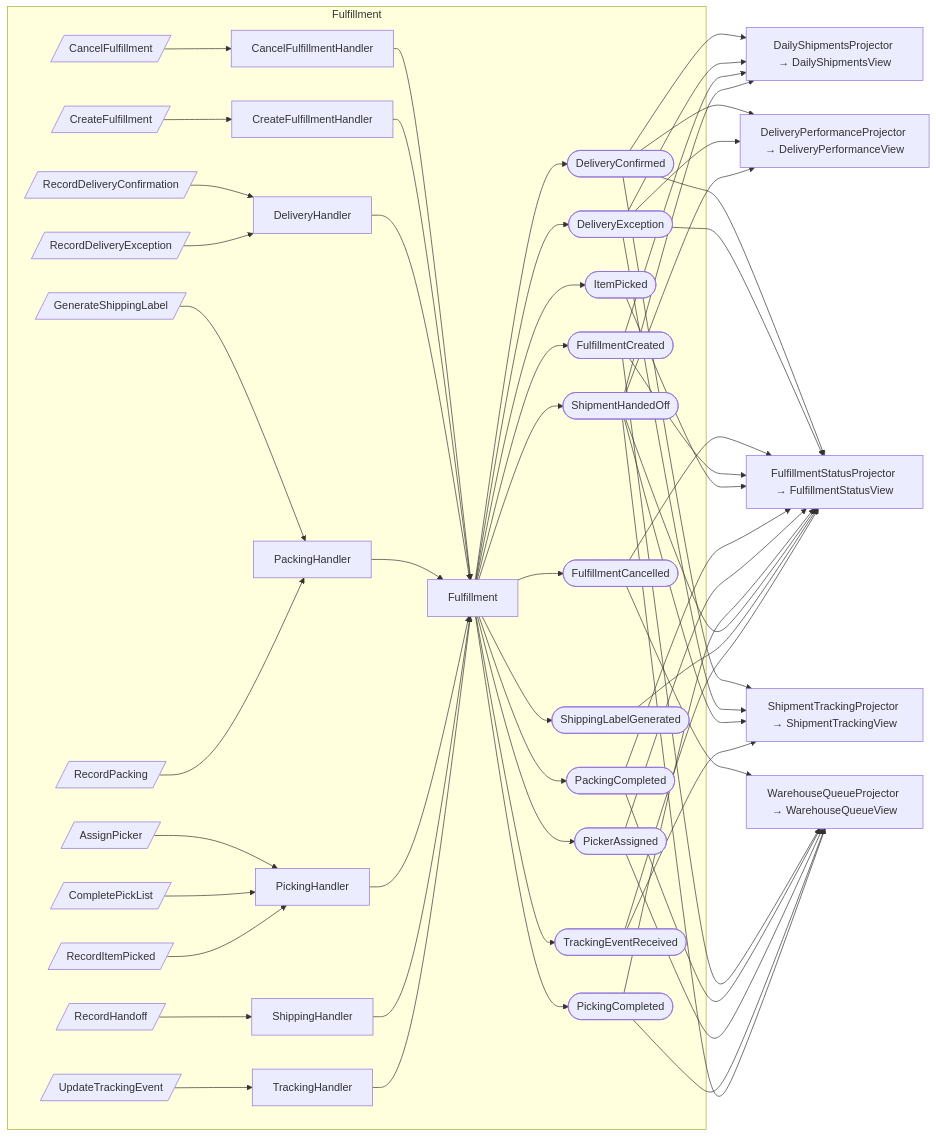
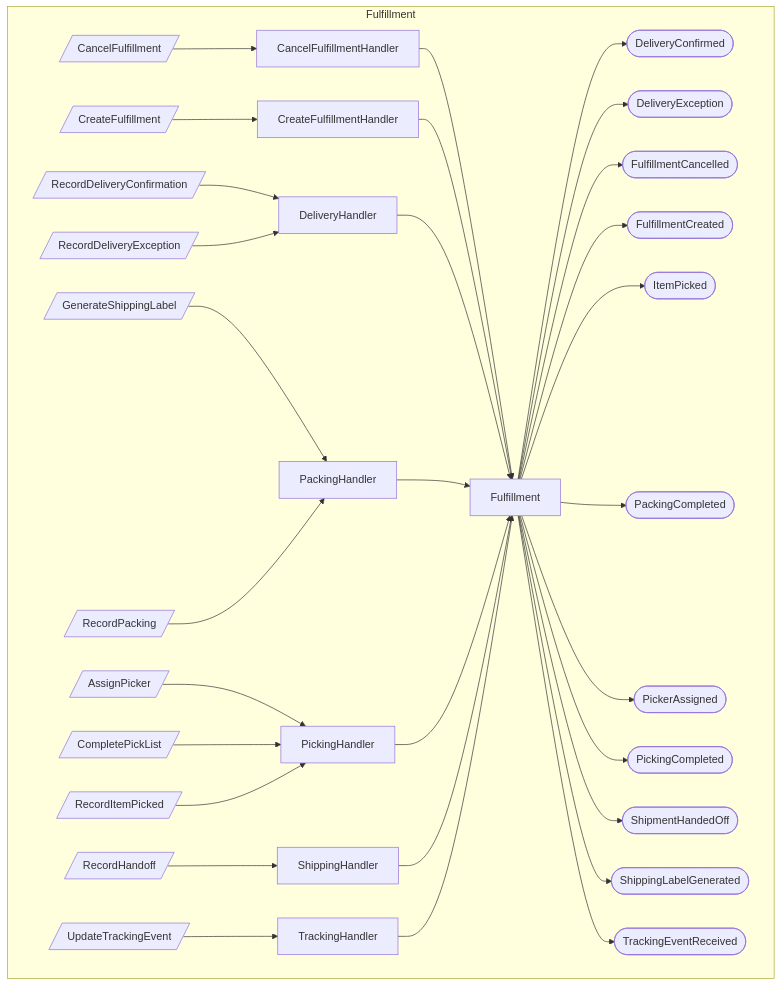
Before and after one commit to proteanhq/shopstream: the first of 2 diagrams in docs/fulfillment/event-flows.md, drawn with Mermaid. The commit also changed 24 other files, not shown here.

First line of the commit message:
Regenerate docs with improved Mermaid diagrams from upstream Protean fixes

````diff
--- a/docs/fulfillment/event-flows.md
+++ b/docs/fulfillment/event-flows.md
@@ -3,5 +3,5 @@
 ```mermaid
-flowchart LR
+flowchart TD
     subgraph fulfillment_fulfillment_fulfillment_Fulfillment[Fulfillment]
         agg_fulfillment_fulfillment_fulfillment_Fulfillment[Fulfillment]
         cmd_fulfillment_fulfillment_cancellation_CancelFulfillment[/CancelFulfillment/]
@@ -63,37 +63,4 @@
     agg_fulfillment_fulfillment_fulfillment_Fulfillment --> evt_fulfillment_fulfillment_events_ShipmentHandedOff
     agg_fulfillment_fulfillment_fulfillment_Fulfillment --> evt_fulfillment_fulfillment_events_ShippingLabelGenerated
     agg_fulfillment_fulfillment_fulfillment_Fulfillment --> evt_fulfillment_fulfillment_events_TrackingEventReceived
-    proj_fulfillment_projections_daily_shipments_DailyShipmentsProjector[DailyShipmentsProjector → DailyShipmentsView]
-    evt_fulfillment_fulfillment_events_DeliveryConfirmed --> proj_fulfillment_projections_daily_shipments_DailyShipmentsProjector
-    evt_fulfillment_fulfillment_events_DeliveryException --> proj_fulfillment_projections_daily_shipments_DailyShipmentsProjector
-    evt_fulfillment_fulfillment_events_FulfillmentCreated --> proj_fulfillment_projections_daily_shipments_DailyShipmentsProjector
-    evt_fulfillment_fulfillment_events_ShipmentHandedOff --> proj_fulfillment_projections_daily_shipments_DailyShipmentsProjector
-    proj_fulfillment_projections_delivery_performance_DeliveryPerformanceProjector[DeliveryPerformanceProjector → DeliveryPerformanceView]
-    evt_fulfillment_fulfillment_events_DeliveryConfirmed --> proj_fulfillment_projections_delivery_performance_DeliveryPerformanceProjector
-    evt_fulfillment_fulfillment_events_DeliveryException --> proj_fulfillment_projections_delivery_performance_DeliveryPerformanceProjector
-    evt_fulfillment_fulfillment_events_ShipmentHandedOff --> proj_fulfillment_projections_delivery_performance_DeliveryPerformanceProjector
-    proj_fulfillment_projections_fulfillment_status_FulfillmentStatusProjector[FulfillmentStatusProjector → FulfillmentStatusView]
-    evt_fulfillment_fulfillment_events_DeliveryConfirmed --> proj_fulfillment_projections_fulfillment_status_FulfillmentStatusProjector
-    evt_fulfillment_fulfillment_events_DeliveryException --> proj_fulfillment_projections_fulfillment_status_FulfillmentStatusProjector
-    evt_fulfillment_fulfillment_events_FulfillmentCancelled --> proj_fulfillment_projections_fulfillment_status_FulfillmentStatusProjector
-    evt_fulfillment_fulfillment_events_FulfillmentCreated --> proj_fulfillment_projections_fulfillment_status_FulfillmentStatusProjector
-    evt_fulfillment_fulfillment_events_ItemPicked --> proj_fulfillment_projections_fulfillment_status_FulfillmentStatusProjector
-    evt_fulfillment_fulfillment_events_PackingCompleted --> proj_fulfillment_projections_fulfillment_status_FulfillmentStatusProjector
-    evt_fulfillment_fulfillment_events_PickerAssigned --> proj_fulfillment_projections_fulfillment_status_FulfillmentStatusProjector
-    evt_fulfillment_fulfillment_events_PickingCompleted --> proj_fulfillment_projections_fulfillment_status_FulfillmentStatusProjector
-    evt_fulfillment_fulfillment_events_ShipmentHandedOff --> proj_fulfillment_projections_fulfillment_status_FulfillmentStatusProjector
-    evt_fulfillment_fulfillment_events_ShippingLabelGenerated --> proj_fulfillment_projections_fulfillment_status_FulfillmentStatusProjector
-    evt_fulfillment_fulfillment_events_TrackingEventReceived --> proj_fulfillment_projections_fulfillment_status_FulfillmentStatusProjector
-    proj_fulfillment_projections_shipment_tracking_ShipmentTrackingProjector[ShipmentTrackingProjector → ShipmentTrackingView]
-    evt_fulfillment_fulfillment_events_DeliveryConfirmed --> proj_fulfillment_projections_shipment_tracking_ShipmentTrackingProjector
-    evt_fulfillment_fulfillment_events_DeliveryException --> proj_fulfillment_projections_shipment_tracking_ShipmentTrackingProjector
-    evt_fulfillment_fulfillment_events_ShipmentHandedOff --> proj_fulfillment_projections_shipment_tracking_ShipmentTrackingProjector
-    evt_fulfillment_fulfillment_events_TrackingEventReceived --> proj_fulfillment_projections_shipment_tracking_ShipmentTrackingProjector
-    proj_fulfillment_projections_warehouse_queue_WarehouseQueueProjector[WarehouseQueueProjector → WarehouseQueueView]
-    evt_fulfillment_fulfillment_events_FulfillmentCancelled --> proj_fulfillment_projections_warehouse_queue_WarehouseQueueProjector
-    evt_fulfillment_fulfillment_events_FulfillmentCreated --> proj_fulfillment_projections_warehouse_queue_WarehouseQueueProjector
-    evt_fulfillment_fulfillment_events_PackingCompleted --> proj_fulfillment_projections_warehouse_queue_WarehouseQueueProjector
-    evt_fulfillment_fulfillment_events_PickerAssigned --> proj_fulfillment_projections_warehouse_queue_WarehouseQueueProjector
-    evt_fulfillment_fulfillment_events_PickingCompleted --> proj_fulfillment_projections_warehouse_queue_WarehouseQueueProjector
-    evt_fulfillment_fulfillment_events_ShipmentHandedOff --> proj_fulfillment_projections_warehouse_queue_WarehouseQueueProjector
 ```
````
